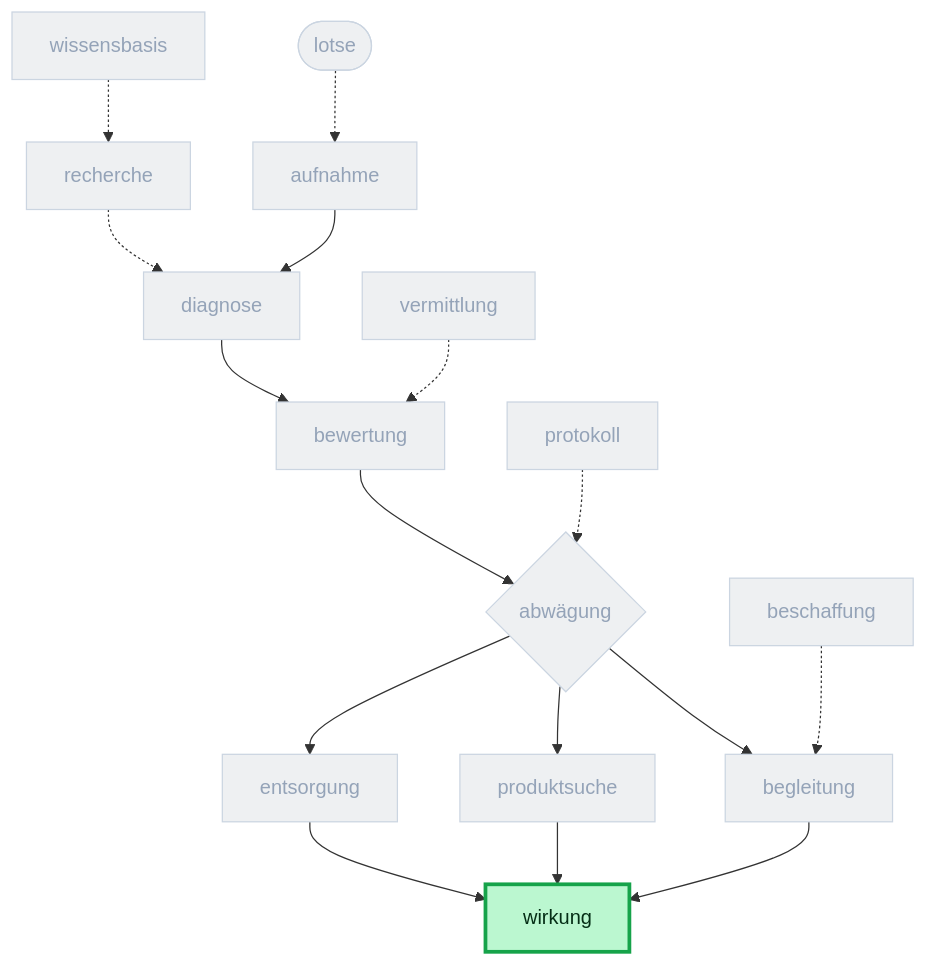
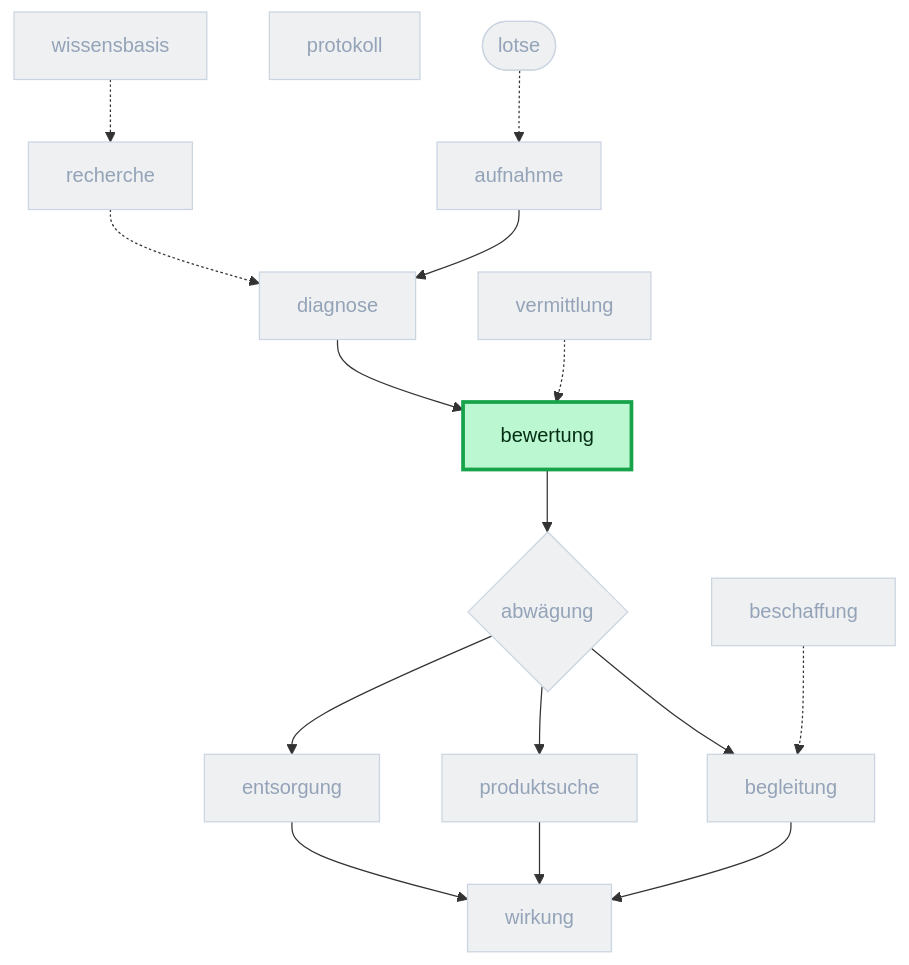
The eighth of 15 diagrams in docs/folien/runtime-roles.adoc (DigitaleOberlausitz/hackathon2026_RepairApp), drawn with Mermaid before and after one commit. The commit also changed other lines of this file and 2 other files, not shown here.

First line of the commit message:
docs(folien): Rollen-Folien narrativ (just-in-time) ordnen + schärfere Diagramme

```diff
--- a/docs/folien/runtime-roles.adoc
+++ b/docs/folien/runtime-roles.adoc
@@ -414,31 +435,30 @@
 [mermaid]
 ....
 flowchart TB
   classDef dim fill:#eef0f2,stroke:#cbd5e1,color:#94a3b8
   classDef active fill:#bbf7d0,stroke:#16a34a,stroke-width:3px,color:#052e16
   lotse([lotse]):::dim
   aufnahme[aufnahme]:::dim
   diagnose[diagnose]:::dim
   bewertung[bewertung]:::dim
   abwaegung{abwägung}:::dim
   begleitung[begleitung]:::dim
   produktsuche[produktsuche]:::dim
   entsorgung[entsorgung]:::dim
   wirkung[wirkung]:::dim
   recherche[recherche]:::dim
   vermittlung[vermittlung]:::dim
   beschaffung[beschaffung]:::dim
   protokoll[protokoll]:::dim
   wissensbasis[wissensbasis]:::dim
   lotse -.-> aufnahme
   aufnahme --> diagnose --> bewertung --> abwaegung
   abwaegung --> begleitung --> wirkung
   abwaegung --> produktsuche --> wirkung
   abwaegung --> entsorgung --> wirkung
   recherche -.-> diagnose
   vermittlung -.-> bewertung
   beschaffung -.-> begleitung
-  protokoll -.-> abwaegung
   wissensbasis -.-> recherche
-  class wirkung active
+  class bewertung active
 ....
```
